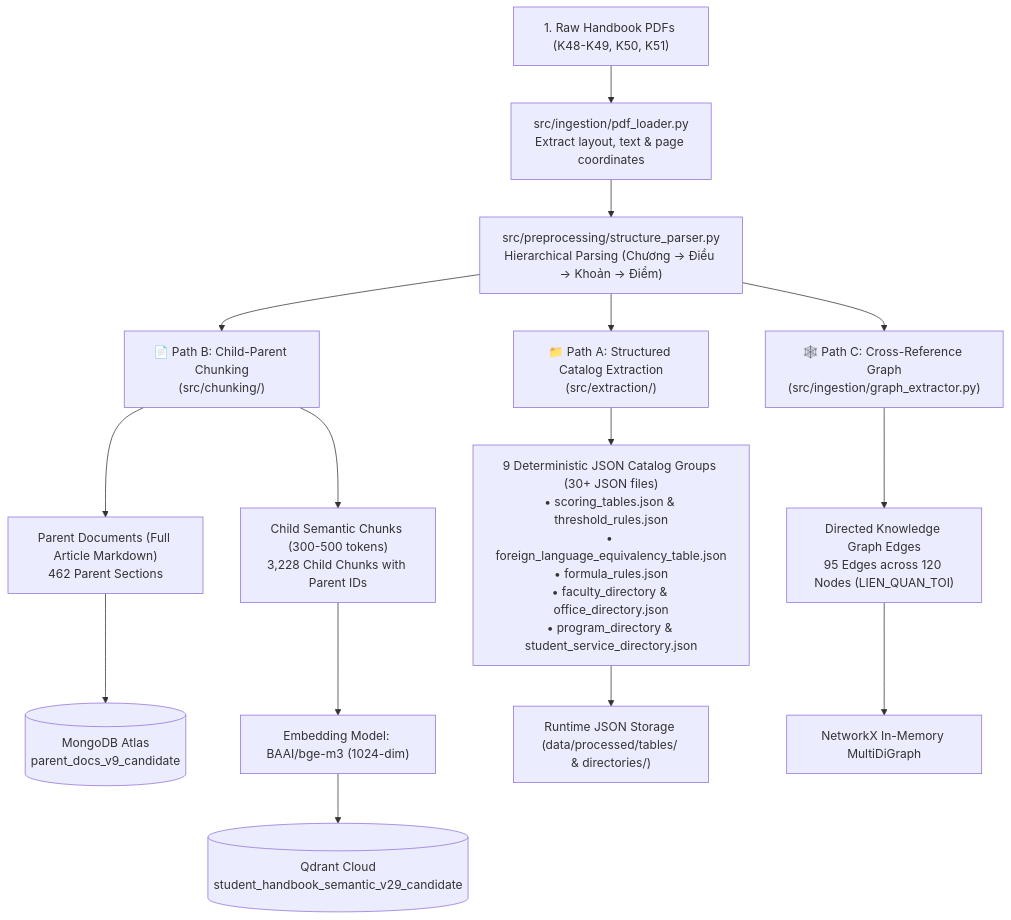
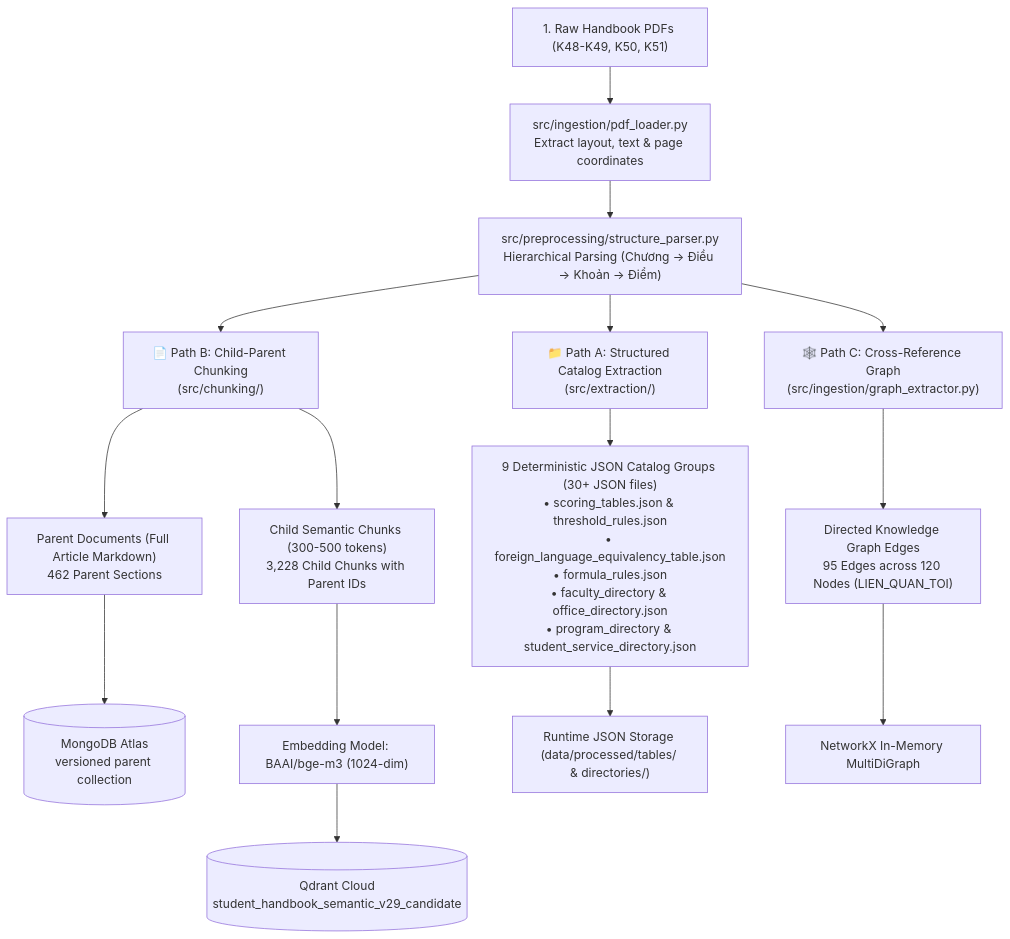
The first of 2 diagrams in README.md (AnhPhiNe/student-handbook-rag-chatbot), drawn with Mermaid before and after one commit. The commit also changed other lines of this file and 22 other files, not shown here.

````diff
--- a/README.md
+++ b/README.md
@@ -93,21 +93,21 @@
 ```mermaid
 flowchart TD
     RawPDF["1. Raw Handbook PDFs (K48-K49, K50, K51)"] --> PDFLoader["src/ingestion/pdf_loader.py<br/>Extract layout, text & page coordinates"]
     PDFLoader --> StructParser["src/preprocessing/structure_parser.py<br/>Hierarchical Parsing (Chương -> Điều -> Khoản -> Điểm)"]
     
     StructParser --> PathA["📁 Path A: Structured Catalog Extraction<br/>(src/extraction/)"]
     StructParser --> PathB["📄 Path B: Child-Parent Chunking<br/>(src/chunking/)"]
     StructParser --> PathC["🕸️ Path C: Cross-Reference Graph<br/>(src/ingestion/graph_extractor.py)"]
     
     PathA --> Tables["9 Deterministic JSON Catalog Groups (30+ JSON files)<br/>• scoring_tables.json & threshold_rules.json<br/>• foreign_language_equivalency_table.json<br/>• formula_rules.json<br/>• faculty_directory & office_directory.json<br/>• program_directory & student_service_directory.json"]
     
     PathB --> ParentDocs["Parent Documents (Full Article Markdown)<br/>462 Parent Sections"]
     PathB --> ChildChunks["Child Semantic Chunks (300-500 tokens)<br/>3,228 Child Chunks with Parent IDs"]
     
     PathC --> GraphEdges["Directed Knowledge Graph Edges<br/>95 Edges across 120 Nodes (LIEN_QUAN_TOI)"]
     
-    ParentDocs --> Mongo[("MongoDB Atlas<br/>parent_docs_v9_candidate")]
+    ParentDocs --> Mongo[("MongoDB Atlas<br/>versioned parent collection")]
     ChildChunks --> Embed["Embedding Model: BAAI/bge-m3 (1024-dim)"] --> Qdrant[("Qdrant Cloud<br/>student_handbook_semantic_v29_candidate")]
     Tables --> RuntimeJSON["Runtime JSON Storage (data/processed/tables/ & directories/)"]
     GraphEdges --> GraphJSON["NetworkX In-Memory MultiDiGraph"]
 ```
````
